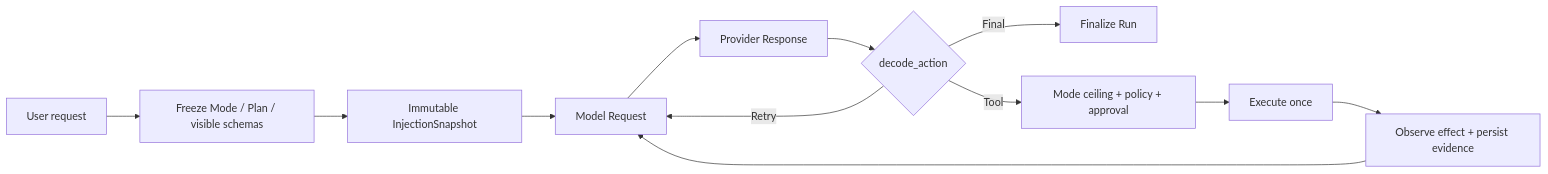
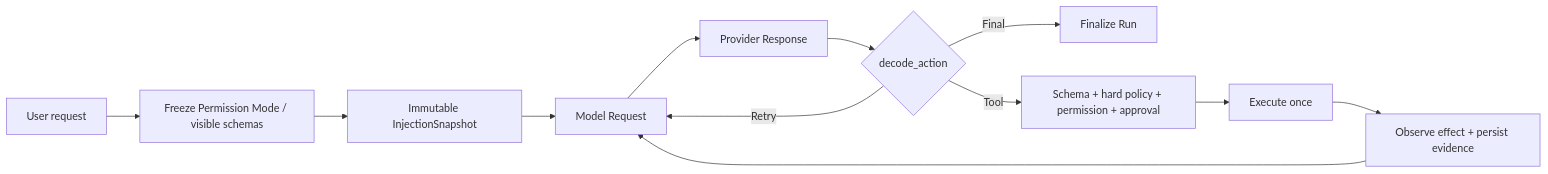
The third of 5 diagrams in docs/architecture.md (xiawiie/pony-code), drawn with Mermaid before and after one commit. The commit also changed other lines of this file and 77 other files, not shown here.

````diff
--- a/docs/architecture.md
+++ b/docs/architecture.md
@@ -147,14 +147,14 @@
 ```mermaid
 flowchart LR
-    Q["User request"] --> WF["Freeze Mode / Plan / visible schemas"]
-    WF --> SNAP["Immutable InjectionSnapshot"]
+    Q["User request"] --> PM["Freeze Permission Mode / visible schemas"]
+    PM --> SNAP["Immutable InjectionSnapshot"]
     SNAP --> REQ["Model Request"]
     REQ --> RES["Provider Response"]
     RES --> DEC{"decode_action"}
     DEC -->|Final| DONE["Finalize Run"]
-    DEC -->|Tool| POL["Mode ceiling + policy + approval"]
+    DEC -->|Tool| POL["Schema + hard policy + permission + approval"]
     DEC -->|Retry| REQ
     POL --> EXE["Execute once"]
     EXE --> OBS["Observe effect + persist evidence"]
     OBS --> REQ
 ```
````
